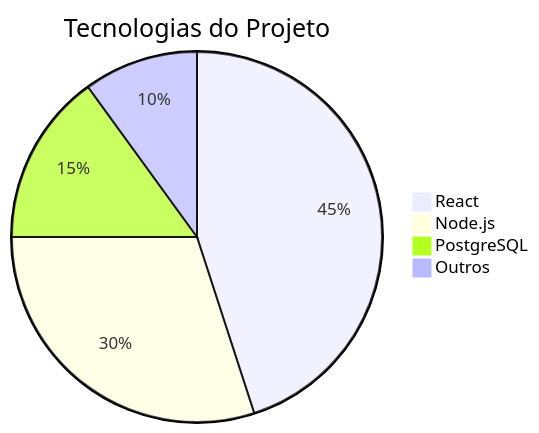
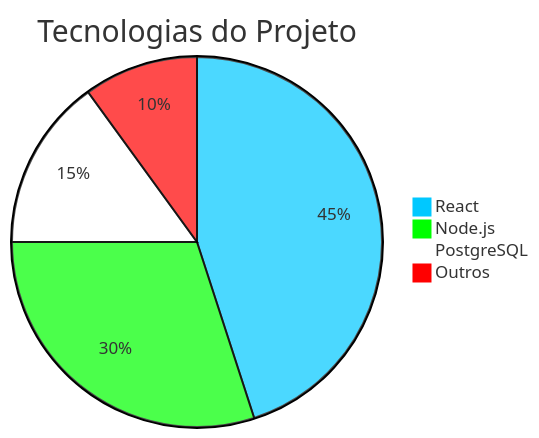
Before and after one commit to 2026-1-NADS4/Projeto1: the diagram in README.md, drawn with Mermaid.

Commit message:
Add mermaid theme config for README diagram
Insert a Mermaid init block into README to customize the 'Tecnologias do Projeto' pie chart appearance — sets pie colors, legend/title text color and size to improve diagram styling (better visibility on dark backgrounds).

````diff
--- a/README.md
+++ b/README.md
@@ -101,7 +101,16 @@
 ```mermaid
+%%{init: {'theme': 'base', 'themeVariables': {
+    'pie1': '#00c8ff',
+    'pie2': '#00ff00',
+    'pie3': '#ffffff',
+    'pie4': '#ff0000',
+    'pieLegendText': '#FFFFFF',
+    'pieTitleTextSize': '30px',
+    'pieTitleColor': '#FFFFFF'
+}}}%%
 pie title Tecnologias do Projeto
     "React" : 45
     "Node.js" : 30
     "PostgreSQL" : 15
     "Outros" : 10
 ```
````
